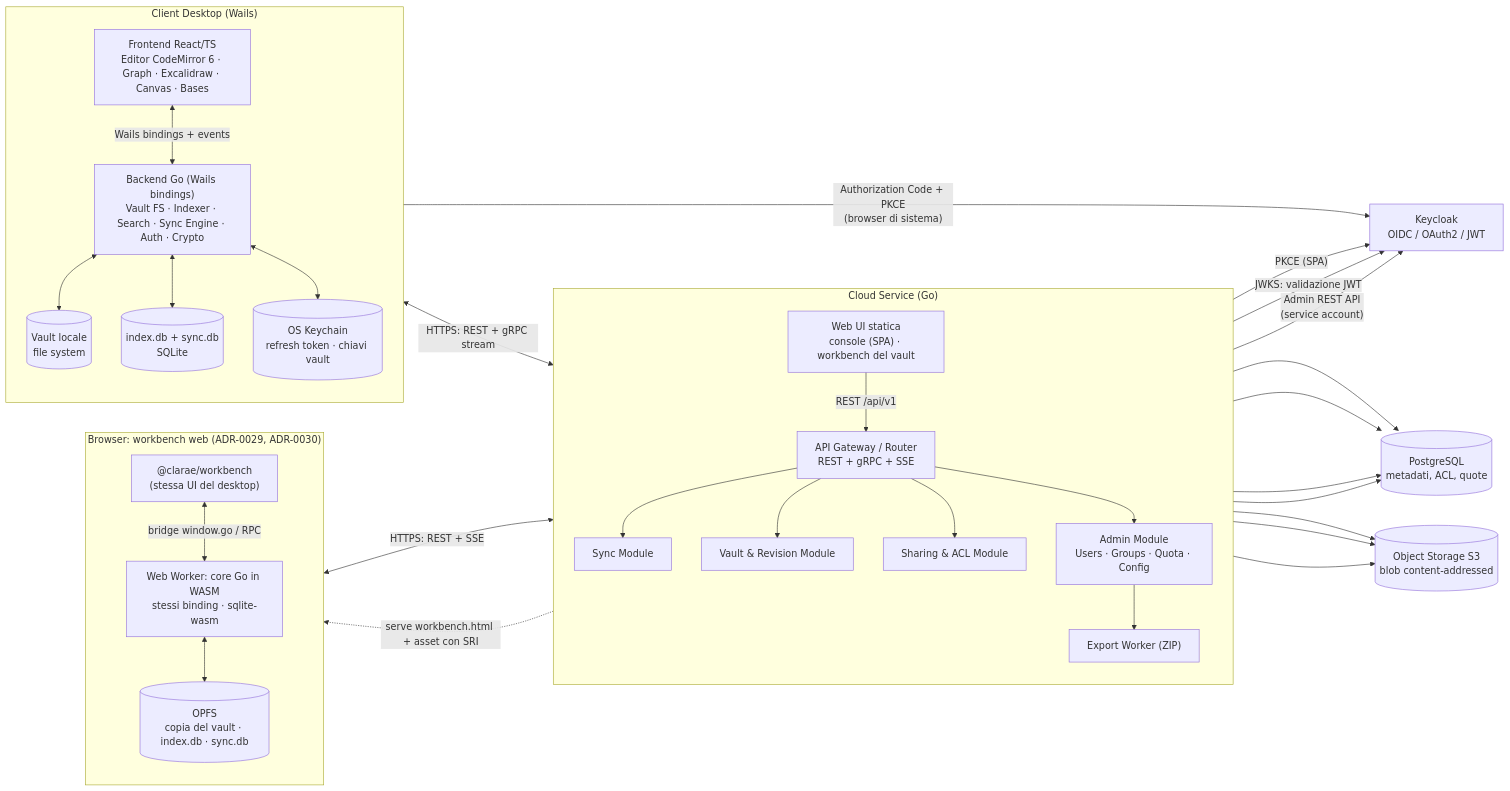
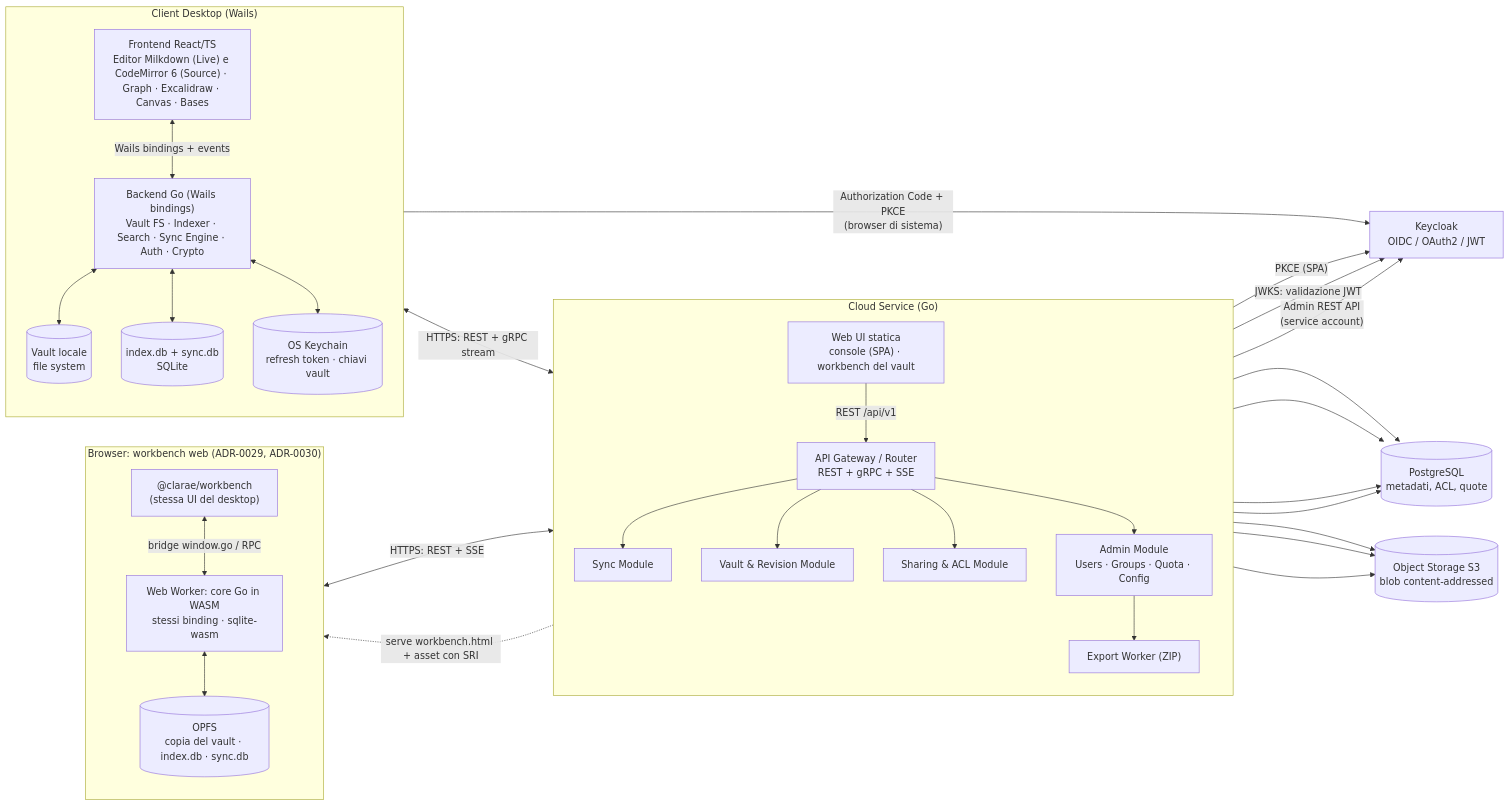
One commit to E2BRAdvisory/Clarae changed the first of 5 diagrams in Specifications.md. Above: the diagram before and after it, drawn with Mermaid. The commit also changed other lines of this file and 10 other files, not shown here.

````diff
--- a/Specifications.md
+++ b/Specifications.md
@@ -104,52 +105,52 @@
 ```mermaid
 flowchart LR
   subgraph DESK["Client Desktop (Wails)"]
     direction TB
-    FE["Frontend React/TS<br/>Editor CodeMirror 6 · Graph · Excalidraw · Canvas · Bases"]
+    FE["Frontend React/TS<br/>Editor Milkdown (Live) e CodeMirror 6 (Source) · Graph · Excalidraw · Canvas · Bases"]
     BE["Backend Go (Wails bindings)<br/>Vault FS · Indexer · Search · Sync Engine · Auth · Crypto"]
     LFS[("Vault locale<br/>file system")]
     LDB[("index.db + sync.db<br/>SQLite")]
     KR[("OS Keychain<br/>refresh token · chiavi vault")]
     FE <-->|"Wails bindings + events"| BE
     BE <--> LFS
     BE <--> LDB
     BE <--> KR
   end
 
   subgraph CLOUD["Cloud Service (Go)"]
     direction TB
     GW["API Gateway / Router<br/>REST + gRPC + SSE"]
     SYNC["Sync Module"]
     VAULT["Vault & Revision Module"]
     SHARE["Sharing & ACL Module"]
     ADM["Admin Module<br/>Users · Groups · Quota · Config"]
     EXP["Export Worker (ZIP)"]
     WEB["Web UI statica<br/>console (SPA) · workbench del vault"]
     GW --> SYNC & VAULT & SHARE & ADM
     ADM --> EXP
   end
 
   KC["Keycloak<br/>OIDC / OAuth2 / JWT"]
   PG[("PostgreSQL<br/>metadati, ACL, quote")]
   S3[("Object Storage S3<br/>blob content-addressed")]
 
   BE <-->|"HTTPS: REST + gRPC stream"| GW
   BE -->|"Authorization Code + PKCE<br/>(browser di sistema)"| KC
   subgraph BROWSER["Browser: workbench web (ADR-0029, ADR-0030)"]
     direction TB
     WFE["@clarae/workbench<br/>(stessa UI del desktop)"]
     WCORE["Web Worker: core Go in WASM<br/>stessi binding · sqlite-wasm"]
     OPFS[("OPFS<br/>copia del vault · index.db · sync.db")]
     WFE <-->|"bridge window.go / RPC"| WCORE
     WCORE <--> OPFS
   end
 
   WEB -->|"PKCE (SPA)"| KC
   WEB -->|"REST /api/v1"| GW
   WEB -.->|"serve workbench.html + asset con SRI"| WFE
   WCORE <-->|"HTTPS: REST + SSE"| GW
   GW -->|"JWKS: validazione JWT"| KC
   ADM -->|"Admin REST API<br/>(service account)"| KC
   SYNC & VAULT & SHARE & ADM --> PG
   SYNC & VAULT & EXP --> S3
 ```
````
